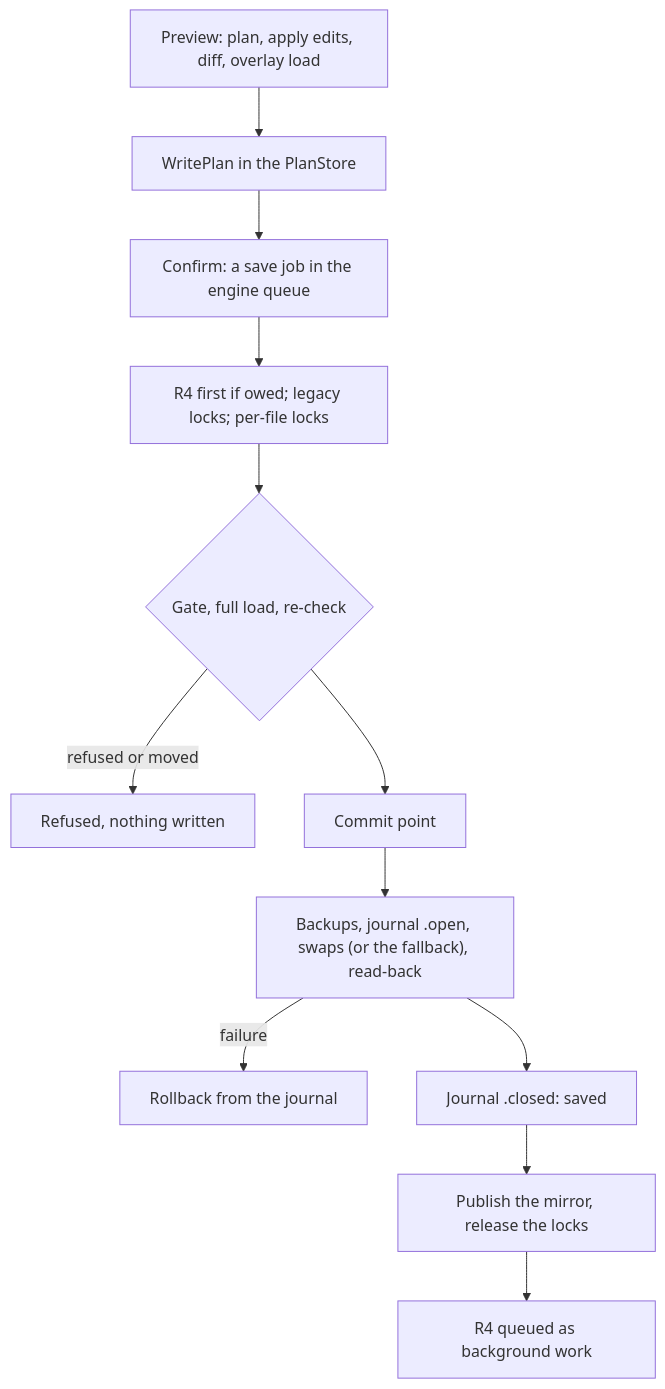
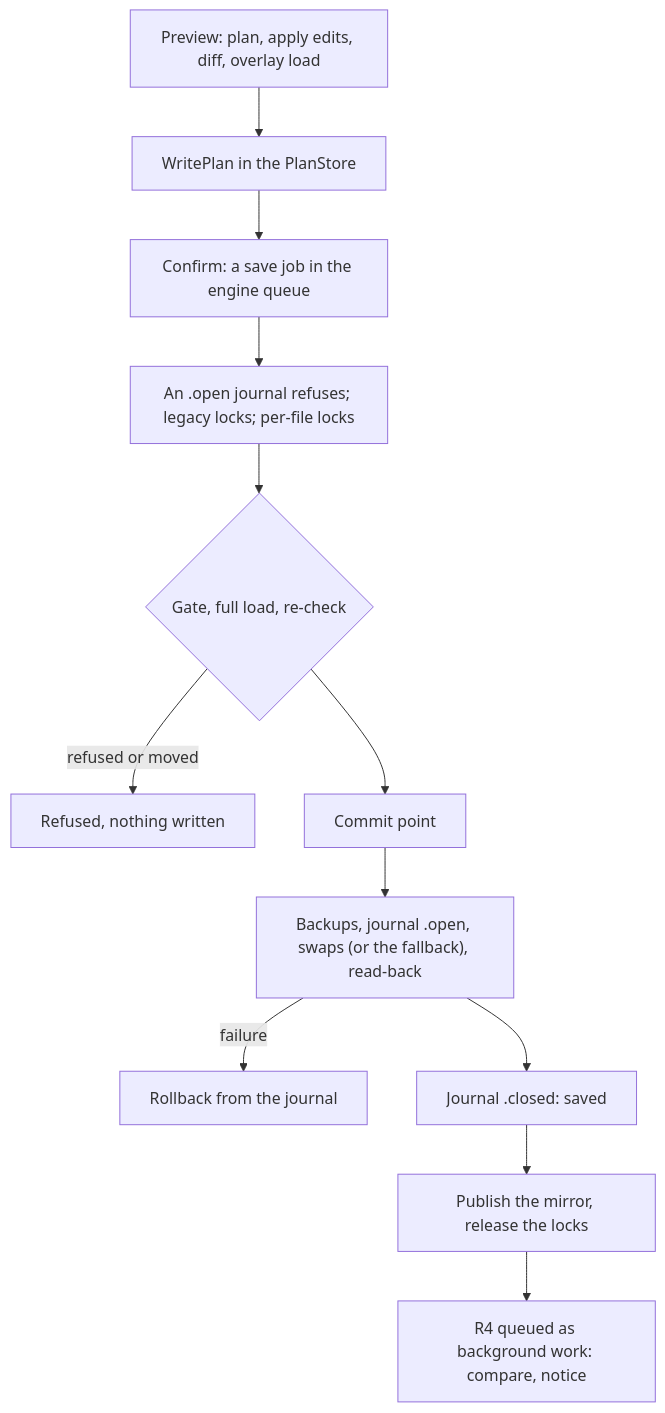
One commit to sagarbehere/finzytrack changed the third of 3 diagrams in design/ARCHITECTURE.md. Above: the diagram before and after it, drawn with Mermaid. The commit also changed other lines of this file and 212 other files, not shown here.

````diff
--- a/design/ARCHITECTURE.md
+++ b/design/ARCHITECTURE.md
@@ -787,14 +788,14 @@
 ```mermaid
 flowchart TB
   preview["Preview: plan, apply edits, diff, overlay load"] --> plan["WritePlan in the PlanStore"]
   plan --> confirm["Confirm: a save job in the engine queue"]
-  confirm --> pre["R4 first if owed; legacy locks; per-file locks"]
+  confirm --> pre["An .open journal refuses; legacy locks; per-file locks"]
   pre --> gate{"Gate, full load, re-check"}
   gate -- "refused or moved" --> refused["Refused, nothing written"]
   gate --> commit["Commit point"]
   commit --> durable["Backups, journal .open, swaps (or the fallback), read-back"]
   durable -- "failure" --> rollback["Rollback from the journal"]
   durable --> closed["Journal .closed: saved"]
   closed --> publish["Publish the mirror, release the locks"]
-  publish --> r4["R4 queued as background work"]
+  publish --> r4["R4 queued as background work: compare, notice"]
 ```
````
